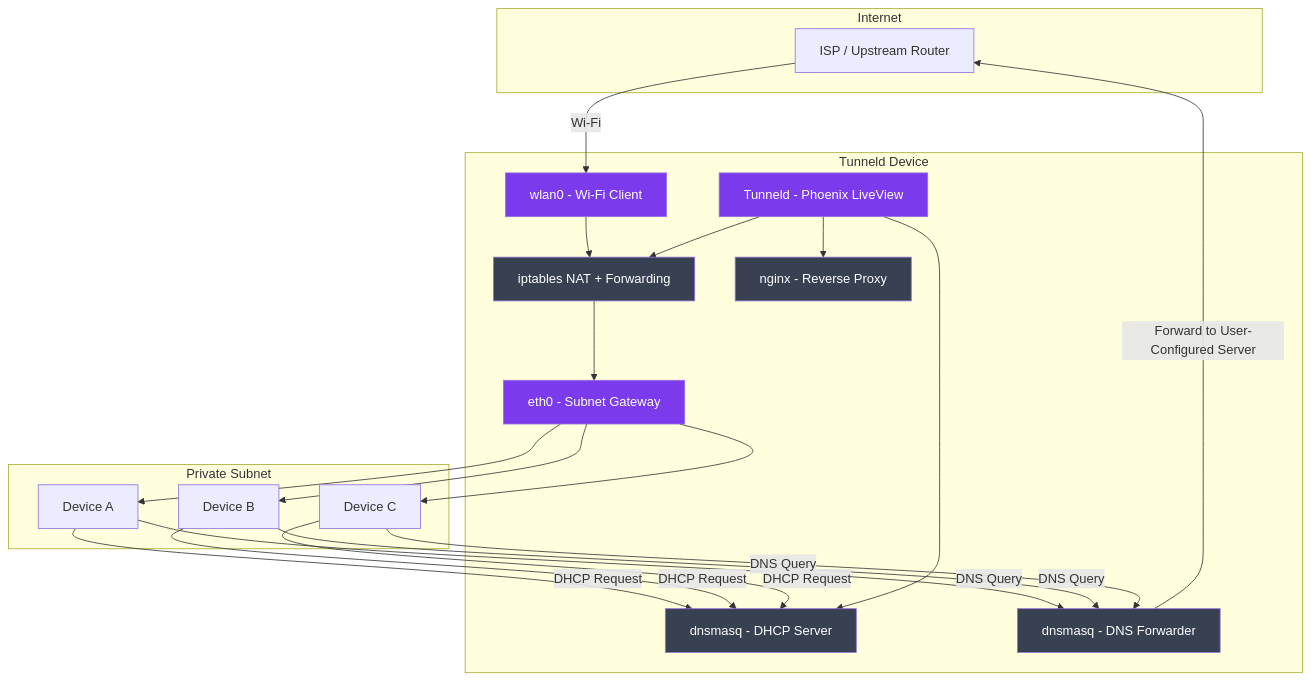
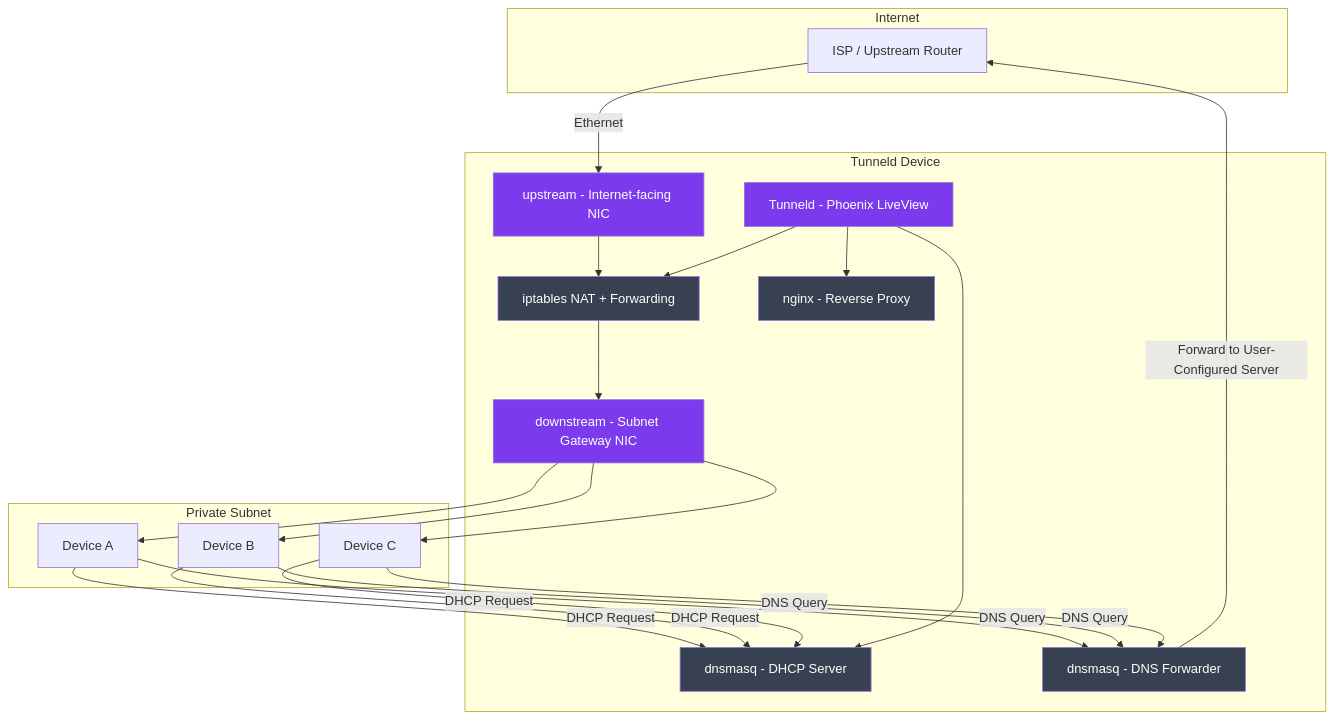
Before and after one commit to toreanjoel/tunneld: the diagram in docs/network-topology.md, drawn with Mermaid. The commit also changed other lines of this file and 42 other files, not shown here.

Commit message:
feat: remove zrok, wifi, sqm, mullvad, rebrand as ethernet-first edge relay, rename interface config to upstream/downstream, add netlink helper, consolidate installer, docs, landing

````diff
--- a/docs/network-topology.md
+++ b/docs/network-topology.md
@@ -5,47 +5,47 @@
 ```mermaid
 graph TB
     subgraph Internet
         ISP[ISP / Upstream Router]
     end
 
     subgraph Tunneld Device
-        WLAN[wlan0 - Wi-Fi Client]
-        ETH[eth0 - Subnet Gateway]
+        UP[upstream - Internet-facing NIC]
+        DOWN[downstream - Subnet Gateway NIC]
         FW[iptables NAT + Forwarding]
         DHCP[dnsmasq - DHCP Server]
         DNS[dnsmasq - DNS Forwarder]
         NGINX[nginx - Reverse Proxy]
         APP[Tunneld - Phoenix LiveView]
     end
 
     subgraph Private Subnet
         D1[Device A]
         D2[Device B]
         D3[Device C]
     end
 
-    ISP -->|Wi-Fi| WLAN
-    WLAN --> FW
-    FW --> ETH
-    ETH --> D1
-    ETH --> D2
-    ETH --> D3
+    ISP -->|Ethernet| UP
+    UP --> FW
+    FW --> DOWN
+    DOWN --> D1
+    DOWN --> D2
+    DOWN --> D3
     D1 -->|DHCP Request| DHCP
     D2 -->|DHCP Request| DHCP
     D3 -->|DHCP Request| DHCP
     D1 -->|DNS Query| DNS
     D2 -->|DNS Query| DNS
     D3 -->|DNS Query| DNS
     DNS -->|Forward to User-Configured Server| ISP
     APP --> NGINX
     APP --> DHCP
     APP --> FW
 
-    style WLAN fill:#7c3aed,color:#fff
-    style ETH fill:#7c3aed,color:#fff
+    style UP fill:#7c3aed,color:#fff
+    style DOWN fill:#7c3aed,color:#fff
     style FW fill:#374151,color:#fff
     style DHCP fill:#374151,color:#fff
     style DNS fill:#374151,color:#fff
     style NGINX fill:#374151,color:#fff
     style APP fill:#7c3aed,color:#fff
 ```
````
